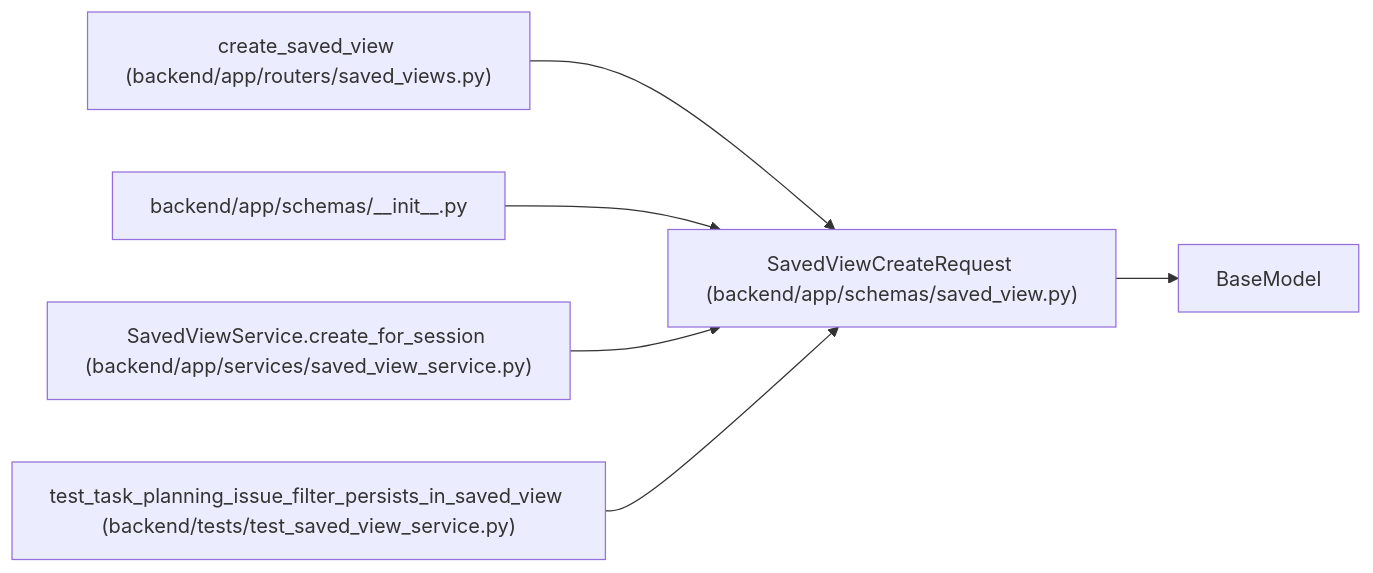
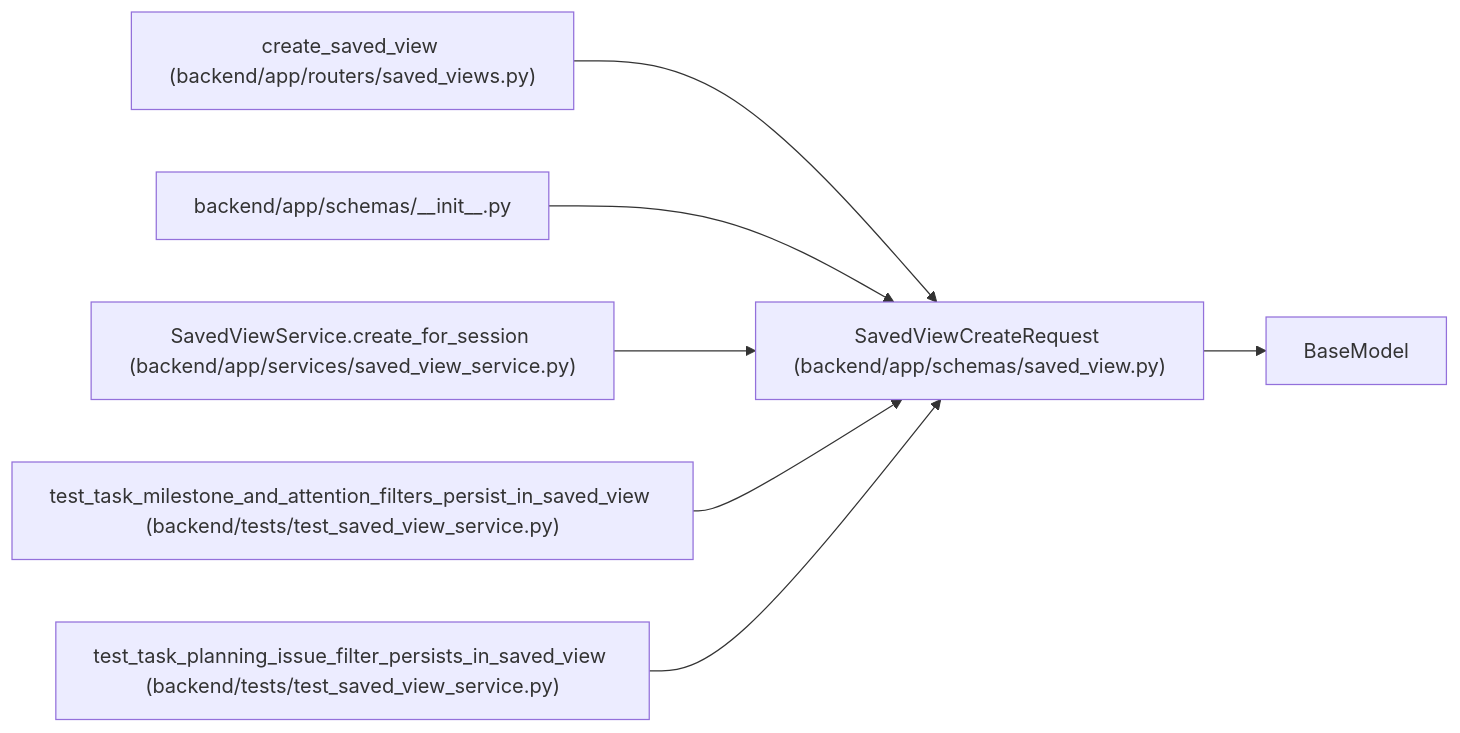
The diagram in docs/llm_wiki/entities/SavedViewCreateRequest.md (Denissvgn/WorkChord), drawn with Mermaid before and after one commit. The commit also changed other lines of this file and 2373 other files, not shown here.

````diff
--- a/docs/llm_wiki/entities/SavedViewCreateRequest.md
+++ b/docs/llm_wiki/entities/SavedViewCreateRequest.md
@@ -38,19 +38,22 @@
 ```mermaid
 flowchart LR
     n0["SavedViewCreateRequest (backend/app/schemas/saved_view.py)"]
     n1["BaseModel"]
     n2["create_saved_view (backend/app/routers/saved_views.py)"]
     n3["backend/app/schemas/__init__.py"]
     n4["SavedViewService.create_for_session (backend/app/services/saved_view_service.py)"]
-    n5["test_task_planning_issue_filter_persists_in_saved_view (backend/tests/test_saved_view_service.py)"]
+    n5["test_task_milestone_and_attention_filters_persist_in_saved_view (backend/tests/test_saved_view_service.py)"]
+    n6["test_task_planning_issue_filter_persists_in_saved_view (backend/tests/test_saved_view_service.py)"]
     n0 --> n1
     n2 --> n0
     n3 --> n0
     n4 --> n0
     n5 --> n0
+    n6 --> n0
     click n0 "../modules/schemas_saved_view.md"
     click n2 "../modules/saved_views.md"
     click n3 "../modules/schemas___init__.md"
     click n4 "../modules/saved_view_service.md"
     click n5 "../modules/test_saved_view_service.md"
+    click n6 "../modules/test_saved_view_service.md"
 ```
````
